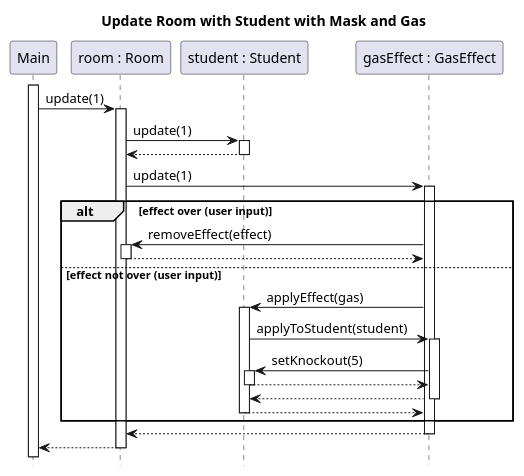
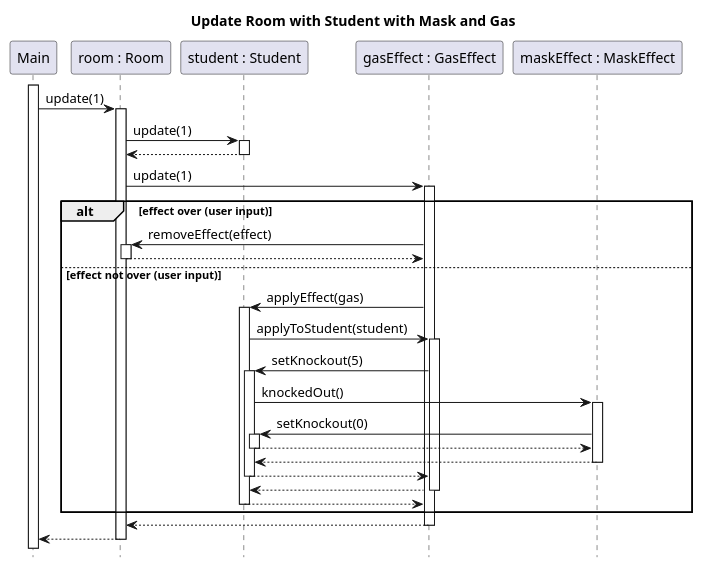
The diagram in docs/diagrams/test-sequence/room_update_gas_and_mask.puml (sn4k3ch4rm3r/logarlec), drawn with PlantUML before and after one commit. The commit also changed 9 other files, not shown here.

Commit message:
Modified sequence diagrams

```diff
--- a/docs/diagrams/test-sequence/room_update_gas_and_mask.puml
+++ b/docs/diagrams/test-sequence/room_update_gas_and_mask.puml
@@ -1,31 +1,36 @@
 @startuml room-update
 title Update Room with Student with Mask and Gas
 hide footbox
 autoactivate on
 skinparam SequenceReferenceBackgroundColor white
 
 participant Main
 participant "room : Room" as room
 participant "student : Student" as student
 participant "gasEffect : GasEffect" as gas
+participant "maskEffect : MaskEffect" as mask
 
 activate Main
 Main -> room : update(1)
 	room -> student : update(1)
 	    return
 	    room -> gas : update(1)
         alt effect over (user input)
 		    gas -> room ++: removeEffect(effect)
 		    return
         else effect not over (user input)
         gas -> student : applyEffect(gas)
             student -> gas : applyToStudent(student)
                 gas -> student : setKnockout(5)
+                    student -> mask : knockedOut()
+                        mask -> student : setKnockout(0)
+                        return
+                    return
                 return
             return
         return
         end
 	return
 return
 
 @enduml
```
